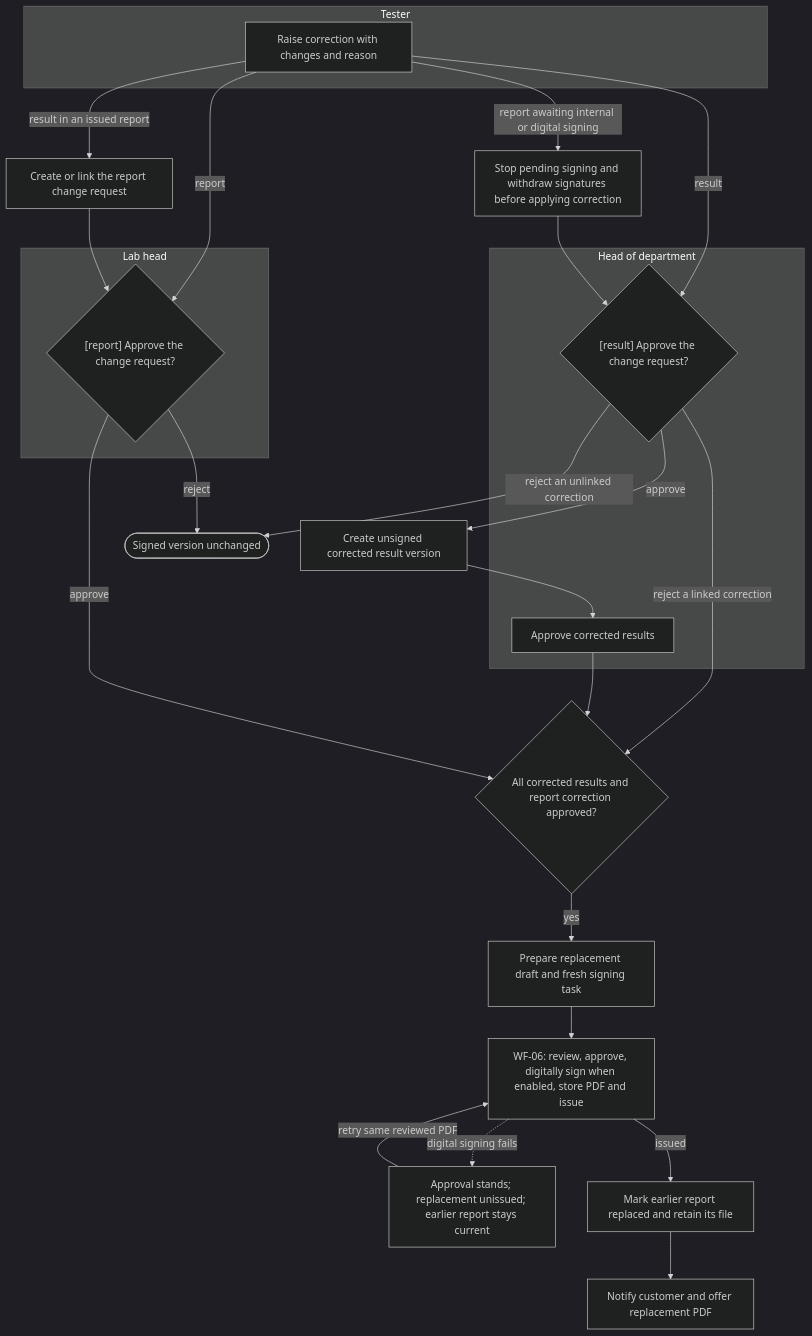
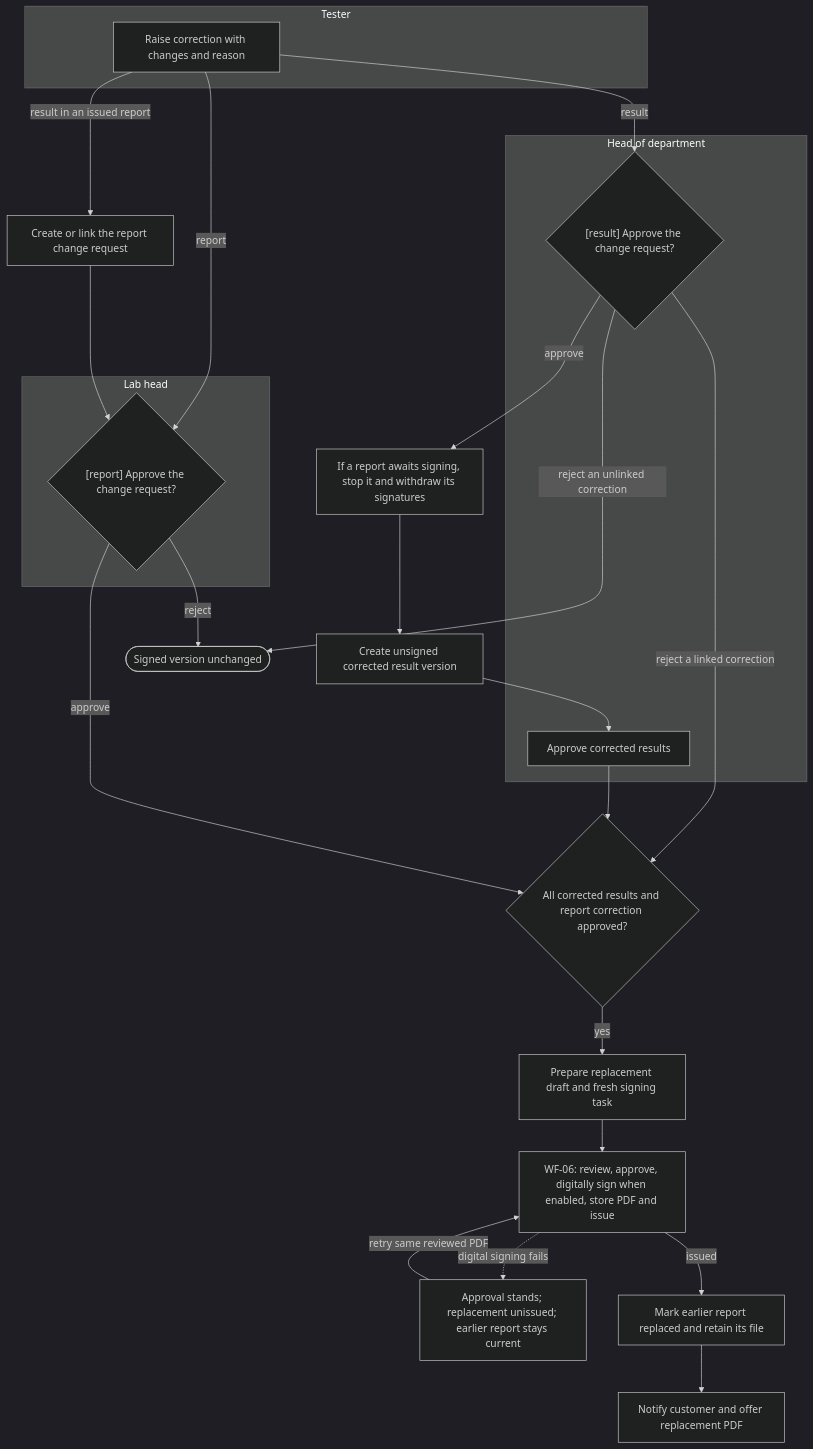
One commit to SoltuneMontepre/medilab changed the ninth of 17 diagrams in docs/functional/business-flows.md. Above: the diagram before and after it, drawn with Mermaid (dark theme). The commit also changed 4 other files, not shown here.

Commit message:
[docs] Stop pending report signing only after a result correction is approved

````diff
--- a/docs/functional/business-flows.md
+++ b/docs/functional/business-flows.md
@@ -450,31 +450,29 @@
 ```mermaid
 flowchart TD
     subgraph lane24 ["Tester"]
         r1[Raise correction with changes and reason]
     end
     subgraph lane25 ["Head of department"]
         sr{"[result] Approve the change request?"}
         s2[Approve corrected results]
     end
     subgraph lane73 ["Lab head"]
         sp{"[report] Approve the change request?"}
     end
     r1 -->|result| sr
     r1 -->|report| sp
     r1 -->|result in an issued report| link[Create or link the report change request]
-    r1 -->|report awaiting internal or digital signing| stop[Stop pending signing and withdraw signatures before applying correction]
     sr -->|reject an unlinked correction| kept([Signed version unchanged])
     sr -->|reject a linked correction| ready
     sp -->|reject| kept
-    sr -->|approve| result[Create unsigned corrected result version] --> s2
-    stop --> sr
+    sr -->|approve| stop[If a report awaits signing, stop it and withdraw its signatures] --> result[Create unsigned corrected result version] --> s2
     s2 --> ready{All corrected results and report correction approved?}
     link --> sp
     ready -->|yes| draft[Prepare replacement draft and fresh signing task]
     sp -->|approve| ready
     draft --> release[WF-06: review, approve, digitally sign when enabled, store PDF and issue]
     release -.->|digital signing fails| pending[Approval stands; replacement unissued; earlier report stays current]
     pending -->|retry same reviewed PDF| release
     release -->|issued| issued[Mark earlier report replaced and retain its file]
     issued --> notice[Notify customer and offer replacement PDF]
 ```
````
